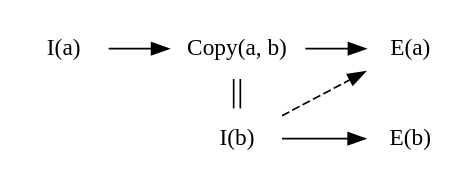
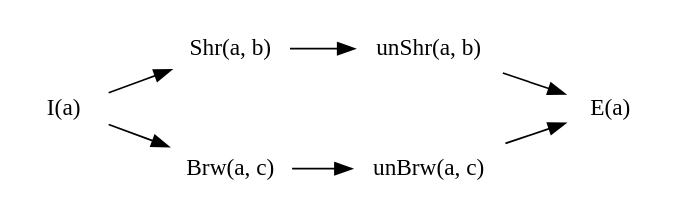
The sixth of 6 diagrams in src/refining-rust-type-system.md (zetanumbers/book), drawn with Graphviz before and after one commit. The commit also changed other lines of this file, not shown here.

````diff
--- a/src/refining-rust-type-system.md
+++ b/src/refining-rust-type-system.md
@@ -150,17 +158,16 @@
 ```dot process
 digraph G {
   rankdir="LR";
   node [shape="none",fontname="MathJax_Math"];
   ia [label="I(a)"];
-  ca [label="Copy(a, b)"];
+  sa [label="Shr(a, b)"];
+  usa [label="unShr(a, b)"];
+  ba [label="Brw(a, c)"];
+  uba [label="unBrw(a, c)"];
   ea [label="E(a)"];
-  _1 [style=invis];
-  ib [label="I(b)"];
-  eb [label="E(b)"];
-  ia -> ca -> ea;
-  ca -> ib [color="foreground:invis:foreground",dir=none,constraint=false];
-  _1 -> ib [style=invis];
-  ib -> eb;
-  ib -> ea [style="dashed"];
+  ia -> sa -> usa -> ea;
+  ia -> ba -> uba -> ea;
+  sa -> ba [style=invis,minlen=2,constraint=false];
+  usa -> uba [style=invis,minlen=2,constraint=false];
 }
 ```
````
